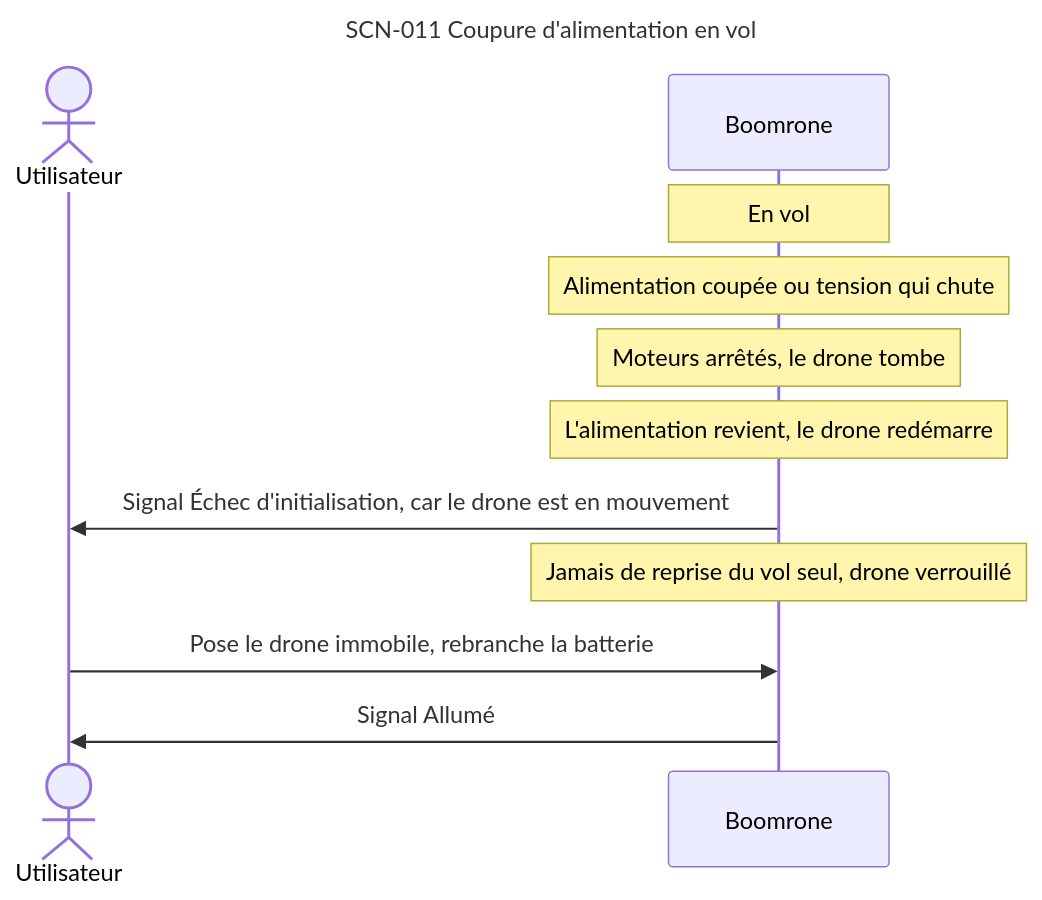
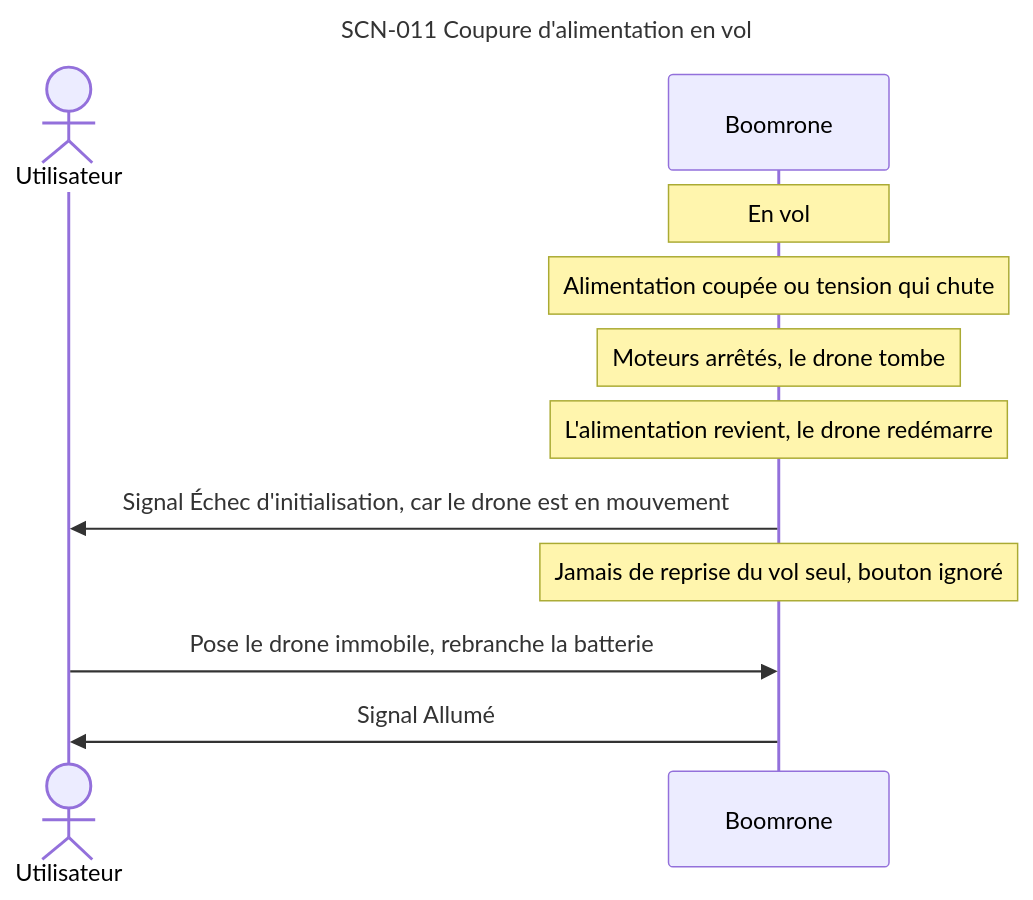
Before and after one commit to thourymatthieu-png/coworker_archi_system: diagram 13 of 13 in projets/boomrone/00-scenarios.md, drawn with Mermaid. The commit also changed other lines of this file and 5 other files, not shown here.

````diff
--- a/projets/boomrone/00-scenarios.md
+++ b/projets/boomrone/00-scenarios.md
@@ -454,16 +456,16 @@
 ```mermaid
 ---
 title: "SCN-011 Coupure d'alimentation en vol"
 ---
 sequenceDiagram
     actor U as Utilisateur
     participant D as Boomrone
     Note over D: En vol
     Note over D: Alimentation coupée ou tension qui chute
     Note over D: Moteurs arrêtés, le drone tombe
     Note over D: L'alimentation revient, le drone redémarre
     D->>U: Signal Échec d'initialisation, car le drone est en mouvement
-    Note over D: Jamais de reprise du vol seul, drone verrouillé
+    Note over D: Jamais de reprise du vol seul, bouton ignoré
     U->>D: Pose le drone immobile, rebranche la batterie
     D->>U: Signal Allumé
 ```
````
